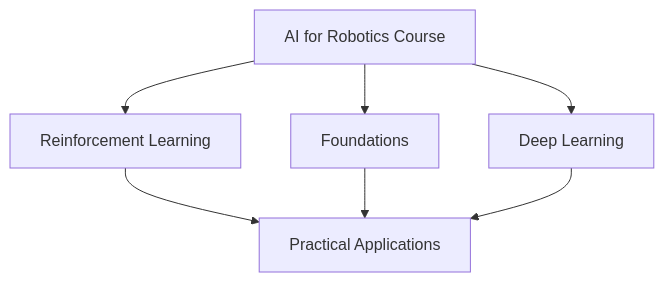
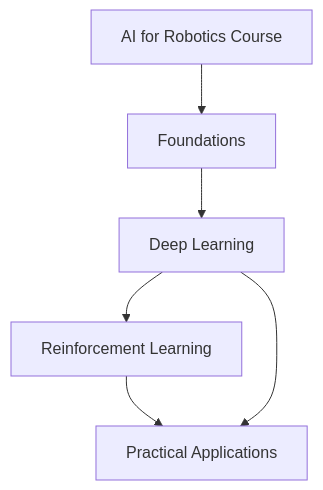
One commit to SaxionMechatronics/ai4rob_course changed the diagram in docs/index.md. Above: the diagram before and after it, drawn with Mermaid. The commit also changed other lines of this file and 8 other files, not shown here.

````diff
--- a/docs/index.md
+++ b/docs/index.md
@@ -11,9 +11,8 @@
 ```mermaid
 graph TD
     A[AI for Robotics Course] --> B[Foundations]
-    A --> C[Deep Learning]
-    A --> D[Reinforcement Learning]
+    B --> C[Deep Learning]
+    C --> D[Reinforcement Learning]
     D --> H[Practical Applications]
-    B --> H
     C --> H
 ```
````
